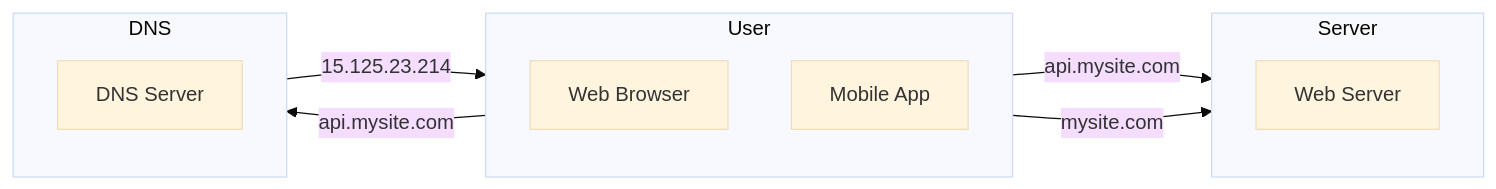
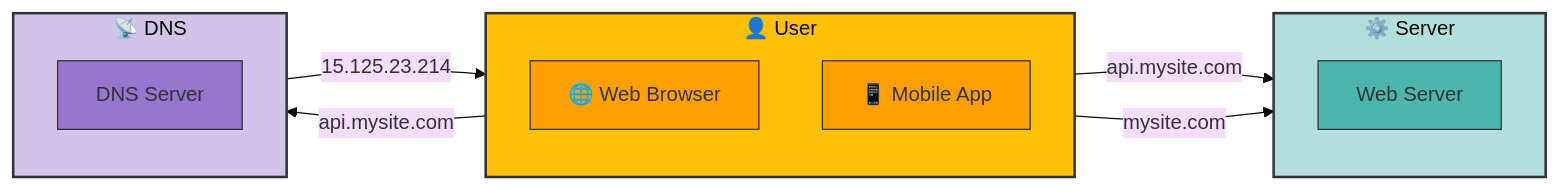
One commit to rain1024/system-design changed the diagram in single-server/README.md. Above: the diagram before and after it, drawn with Mermaid (base theme).

````diff
--- a/single-server/README.md
+++ b/single-server/README.md
@@ -3,21 +3,29 @@
 ```mermaid
 graph LR
-    subgraph User
-        WB[Web Browser]
-        MA[Mobile App]
+    style User fill:#FFC107,stroke:#333,stroke-width:2px
+    style WB fill:#FFA000,stroke:#333,stroke-width:1px
+    style MA fill:#FFA000,stroke:#333,stroke-width:1px
+    style Server fill:#B2DFDB,stroke:#333,stroke-width:2px 
+    style WS fill:#4DB6AC,stroke:#333,stroke-width:1px
+    style DNS fill:#D1C4E9,stroke:#333,stroke-width:2px
+    style D fill:#9575CD,stroke:#333,stroke-width:1px
+
+    subgraph User[👤 User]
+        WB[🌐 Web Browser]
+        MA[📱 Mobile App]
     end
 
     User -->|api.mysite.com| Server
     User -->|mysite.com| Server
 
-    subgraph Server
+    subgraph Server[⚙️ Server]
         WS[Web Server]
     end
 
     User -->|api.mysite.com| DNS
     DNS --> |15.125.23.214| User
 
-    subgraph DNS
+    subgraph DNS[📡 DNS]
         D[DNS Server]
     end
 ```
````
